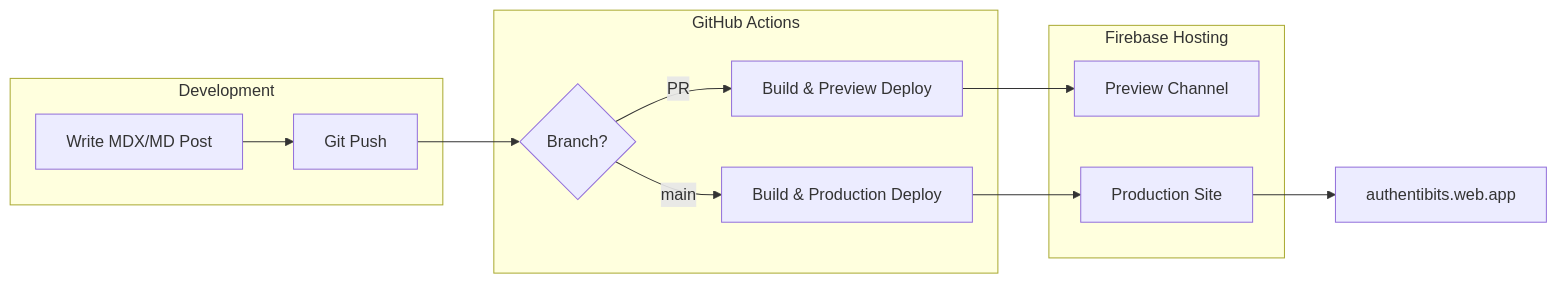
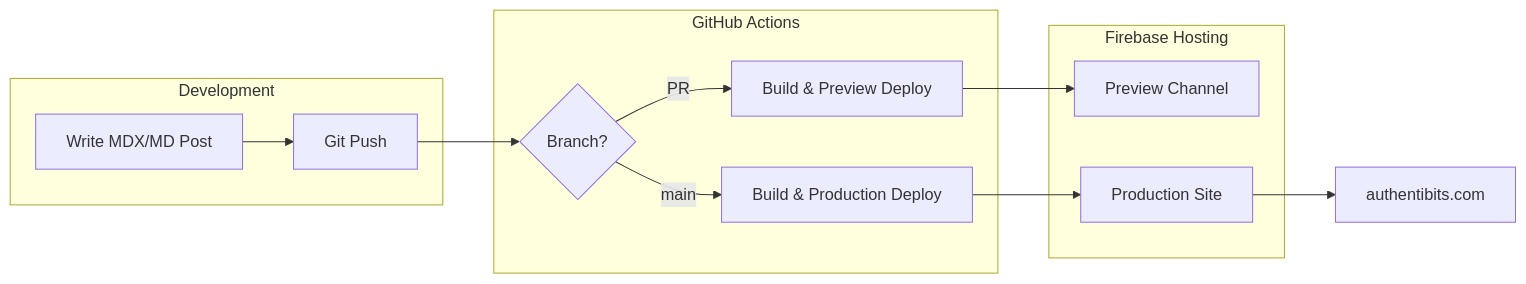
One commit to davidcv5/authentibits changed the diagram in README.md. Above: the diagram before and after it, drawn with Mermaid. The commit also changed other lines of this file and 15 other files, not shown here.

````diff
--- a/README.md
+++ b/README.md
@@ -7,19 +7,19 @@
 ```mermaid
 flowchart LR
     subgraph Dev["Development"]
         A[Write MDX/MD Post] --> B[Git Push]
     end
 
     subgraph CI["GitHub Actions"]
         B --> C{Branch?}
         C -->|PR| D[Build & Preview Deploy]
         C -->|main| E[Build & Production Deploy]
     end
 
     subgraph Firebase["Firebase Hosting"]
         D --> F[Preview Channel]
         E --> G[Production Site]
     end
 
-    G --> H[authentibits.web.app]
+    G --> H[authentibits.com]
 ```
````
